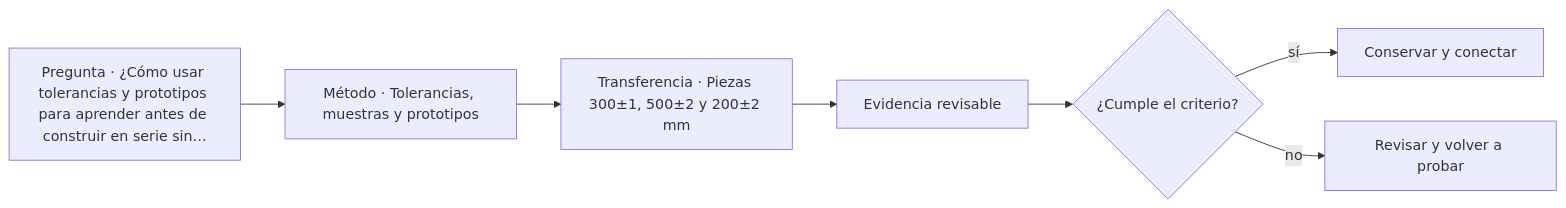
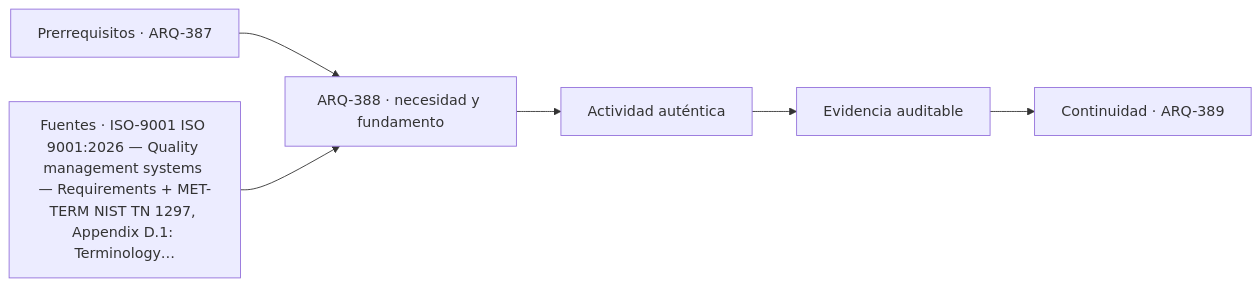
Before and after one commit to vladimiracunadev-create/architecture-built-environment-learning-program: the diagram in classes/parte-39/ARQ-388.md, drawn with Mermaid. The commit also changed other lines of this file and 761 other files, not shown here.

````diff
--- a/classes/parte-39/ARQ-388.md
+++ b/classes/parte-39/ARQ-388.md
@@ -101,9 +113,8 @@
 ```mermaid
 flowchart LR
-    Q["Pregunta · ¿Cómo usar tolerancias y prototipos para aprender antes de construir en serie sin…"] --> M["Método · Tolerancias, muestras y prototipos"]
-    M --> P["Transferencia · Piezas 300±1, 500±2 y 200±2 mm"]
-    P --> E["Evidencia revisable"]
-    E --> C{"¿Cumple el criterio?"}
-    C -->|sí| T["Conservar y conectar"]
-    C -->|no| R["Revisar y volver a probar"]
+    A["Prerrequisitos · ARQ-387"] --> B["ARQ-388 · necesidad y fundamento"]
+    S["Fuentes · ISO-9001 ISO 9001:2026 — Quality management systems — Requirements + MET-TERM NIST TN 1297, Appendix D.1: Terminology…"] --> B
+    B --> C["Actividad auténtica"]
+    C --> D["Evidencia auditable"]
+    D --> E["Continuidad · ARQ-389"]
 ```
````
